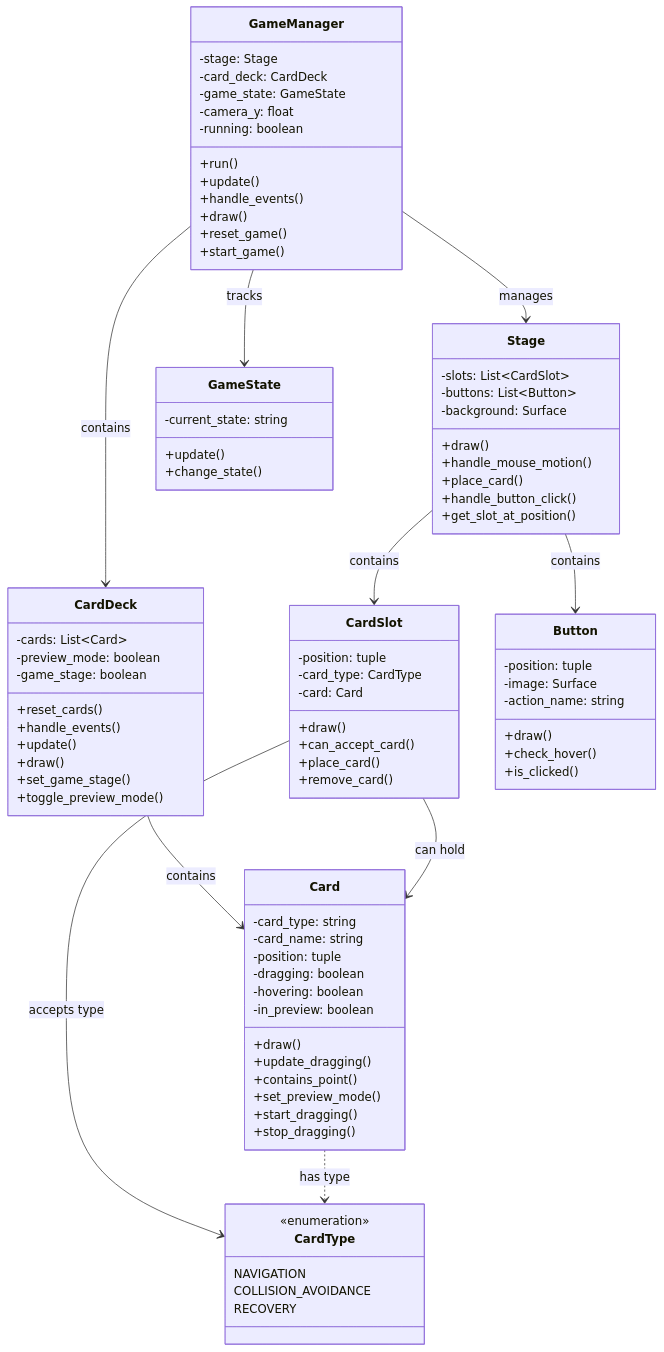
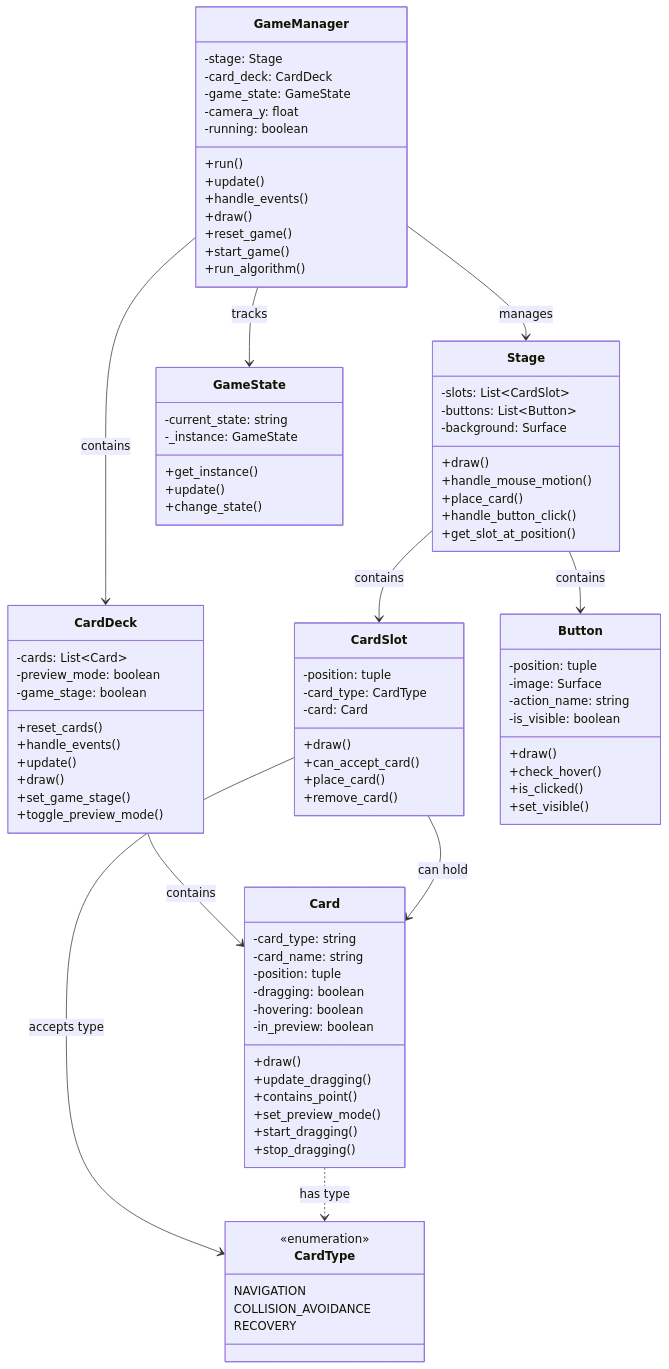
Before and after one commit to NapatzZ/nav-card: the diagram in README.md, drawn with Mermaid. The commit also changed other lines of this file and 7 other files, not shown here.

```diff
--- a/README.md
+++ b/README.md
@@ -48,6 +51,7 @@
         +draw()
         +reset_game()
         +start_game()
+        +run_algorithm()
     }
     
     class CardDeck {
@@ -109,13 +113,17 @@
         -position: tuple
         -image: Surface
         -action_name: string
+        -is_visible: boolean
         +draw()
         +check_hover()
         +is_clicked()
+        +set_visible()
     }
     
     class GameState {
         -current_state: string
+        -_instance: GameState
+        +get_instance()
         +update()
         +change_state()
     }
```
